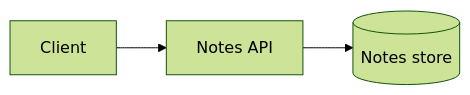
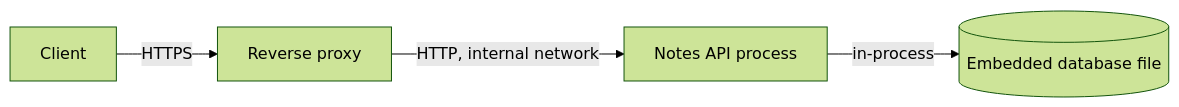
One commit to hugaidev/sdd-claude-kit changed the diagram in examples/notes-api/specs/05-architecture.md. Above: the diagram before and after it, drawn with Mermaid (forest theme). The commit also changed other lines of this file and 10 other files, not shown here.

Commit message:
test: verify evals and guardrails with real Claude Code; fix deny rules; strengthen notes-api example

````diff
--- a/examples/notes-api/specs/05-architecture.md
+++ b/examples/notes-api/specs/05-architecture.md
@@ -13,4 +13,6 @@
 ```mermaid
 flowchart LR
-  Client --> API[Notes API] --> Store[(Notes store)]
+  Client -->|HTTPS| Proxy[Reverse proxy]
+  Proxy -->|HTTP, internal network| API[Notes API process]
+  API -->|in-process| Store[(Embedded database file)]
 ```
````
